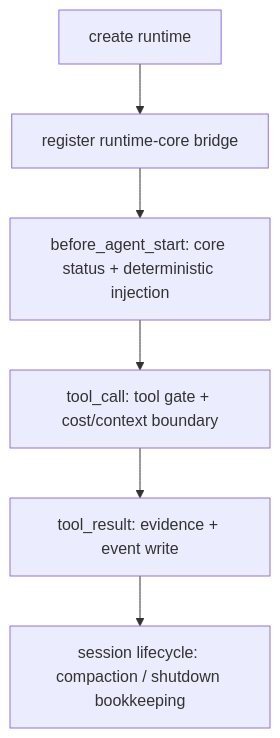
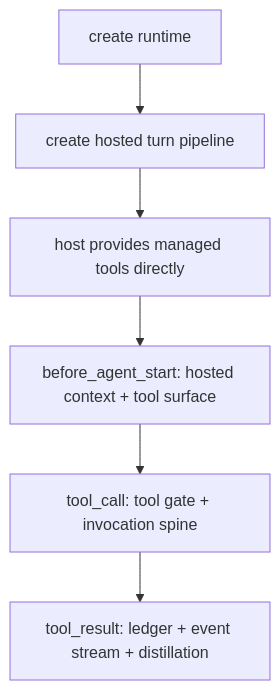
One commit to arcthur/brewva changed the second of 7 diagrams in docs/architecture/control-and-data-flow.md. Above: the diagram before and after it, drawn with Mermaid. The commit also changed other lines of this file and 65 other files, not shown here.

First line of the commit message:
refactor(runtime,gateway,cli): unify hosted pipeline and managed tool modes

````diff
--- a/docs/architecture/control-and-data-flow.md
+++ b/docs/architecture/control-and-data-flow.md
@@ -30,8 +30,8 @@
 ```mermaid
 flowchart TD
-  A["create runtime"] --> B["register runtime-core bridge"]
-  B --> C["before_agent_start: core status + deterministic injection"]
-  C --> D["tool_call: tool gate + cost/context boundary"]
-  D --> E["tool_result: evidence + event write"]
-  E --> F["session lifecycle: compaction / shutdown bookkeeping"]
+  A["create runtime"] --> B["create hosted turn pipeline"]
+  B --> C["host provides managed tools directly"]
+  C --> D["before_agent_start: hosted context + tool surface"]
+  D --> E["tool_call: tool gate + invocation spine"]
+  E --> F["tool_result: ledger + event stream + distillation"]
 ```
````
